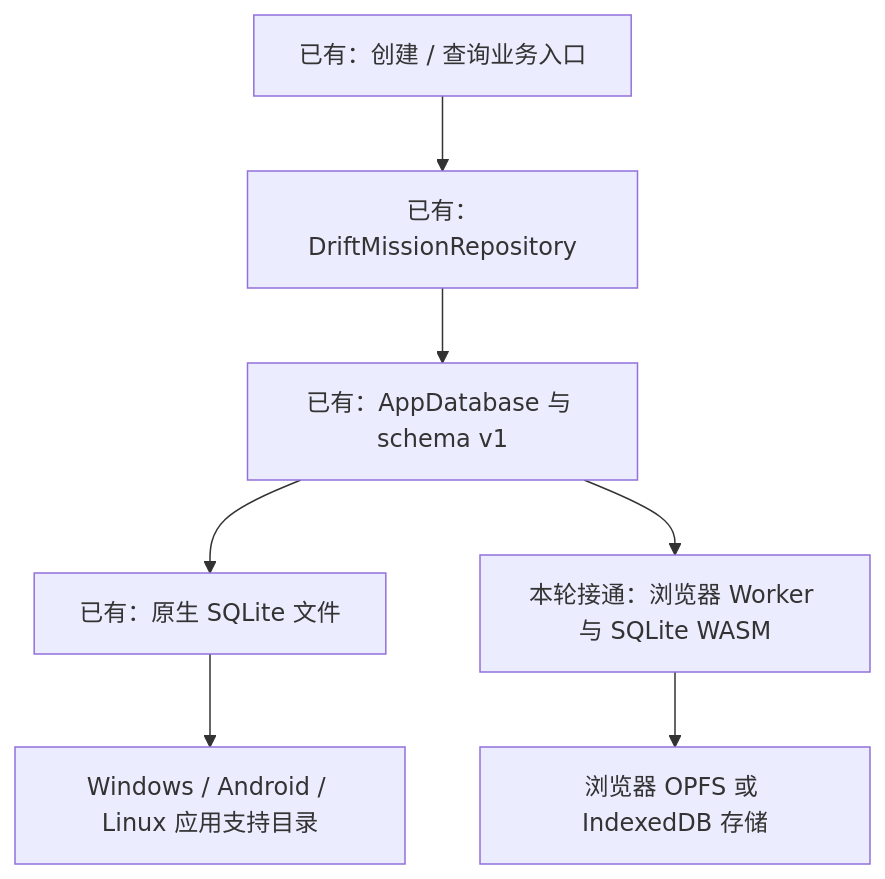
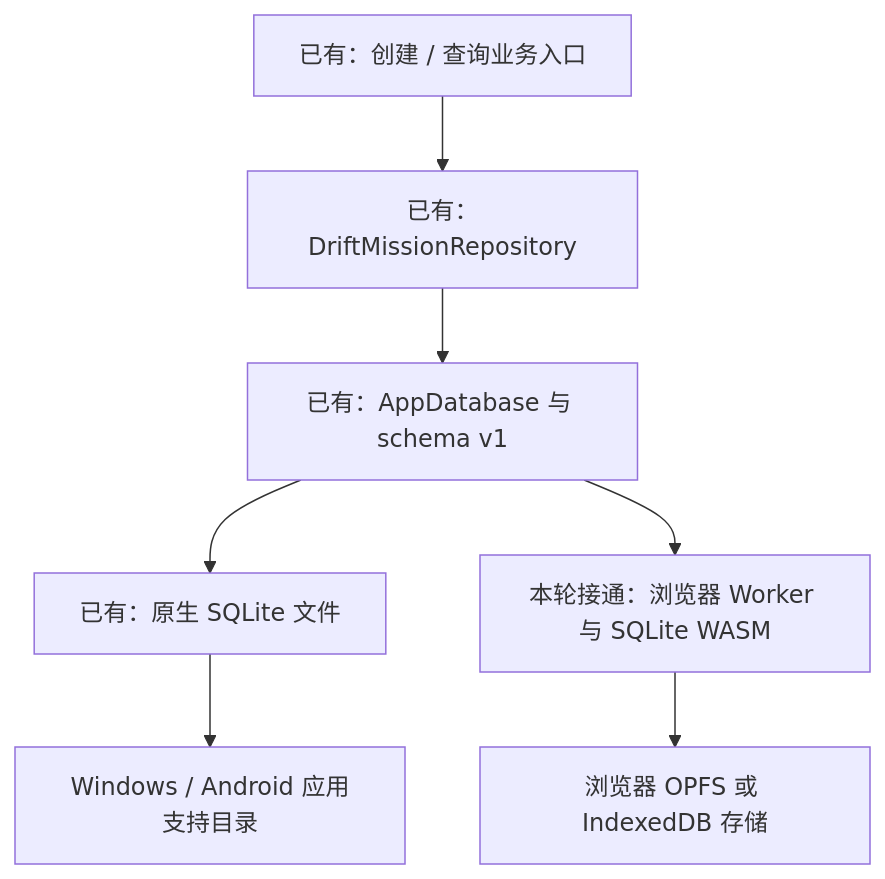
One commit to Liuxin4950/MissionBook changed the diagram in docs/开发/Web浏览器预览.md. Above: the diagram before and after it, drawn with Mermaid. The commit also changed other lines of this file and 221 other files, not shown here.

````diff
--- a/docs/开发/Web浏览器预览.md
+++ b/docs/开发/Web浏览器预览.md
@@ -28,9 +28,9 @@
 ```mermaid
 flowchart TD
   A[已有：创建 / 查询业务入口] --> R[已有：DriftMissionRepository]
   R --> D[已有：AppDatabase 与 schema v1]
   D --> N[已有：原生 SQLite 文件]
-  N --> P[Windows / Android / Linux 应用支持目录]
+  N --> P[Windows / Android 应用支持目录]
   D --> W[本轮接通：浏览器 Worker 与 SQLite WASM]
   W --> B[浏览器 OPFS 或 IndexedDB 存储]
 ```
````
